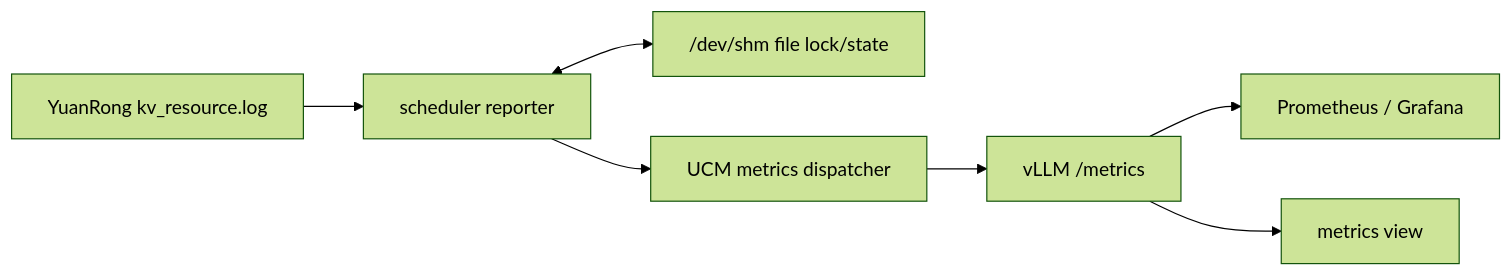
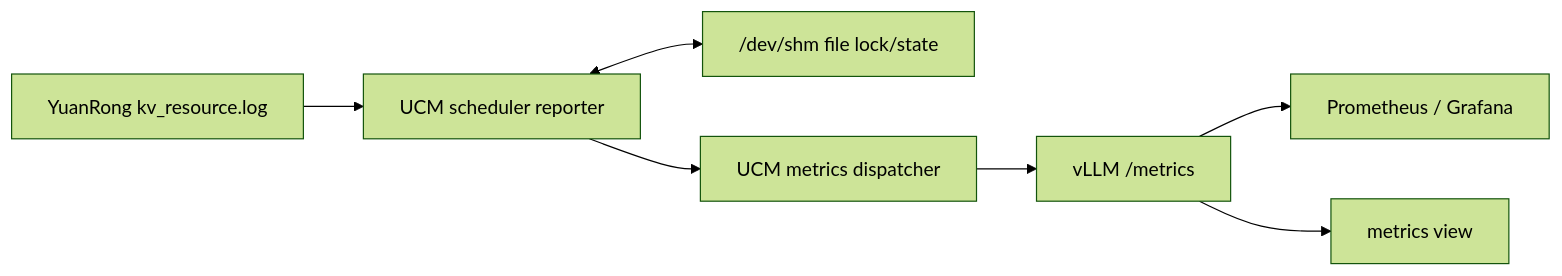
Before and after one commit to dante159753/unified-cache-management: the diagram in docs/design/yuanrong_observability.md, drawn with Mermaid (forest theme). The commit also changed other lines of this file and 8 other files, not shown here.

Commit message:
[Feat] Export YuanRong resource metrics via connector

````diff
--- a/docs/design/yuanrong_observability.md
+++ b/docs/design/yuanrong_observability.md
@@ -218,9 +218,9 @@
 ```mermaid
 flowchart LR
-    Y["YuanRong kv_resource.log"] --> R["scheduler reporter"]
+    Y["YuanRong kv_resource.log"] --> R["UCM scheduler reporter"]
     R <--> S["/dev/shm file lock/state"]
     R --> M["UCM metrics dispatcher"]
     M --> V["vLLM /metrics"]
     V --> G["Prometheus / Grafana"]
     V --> T["metrics view"]
 ```
````
